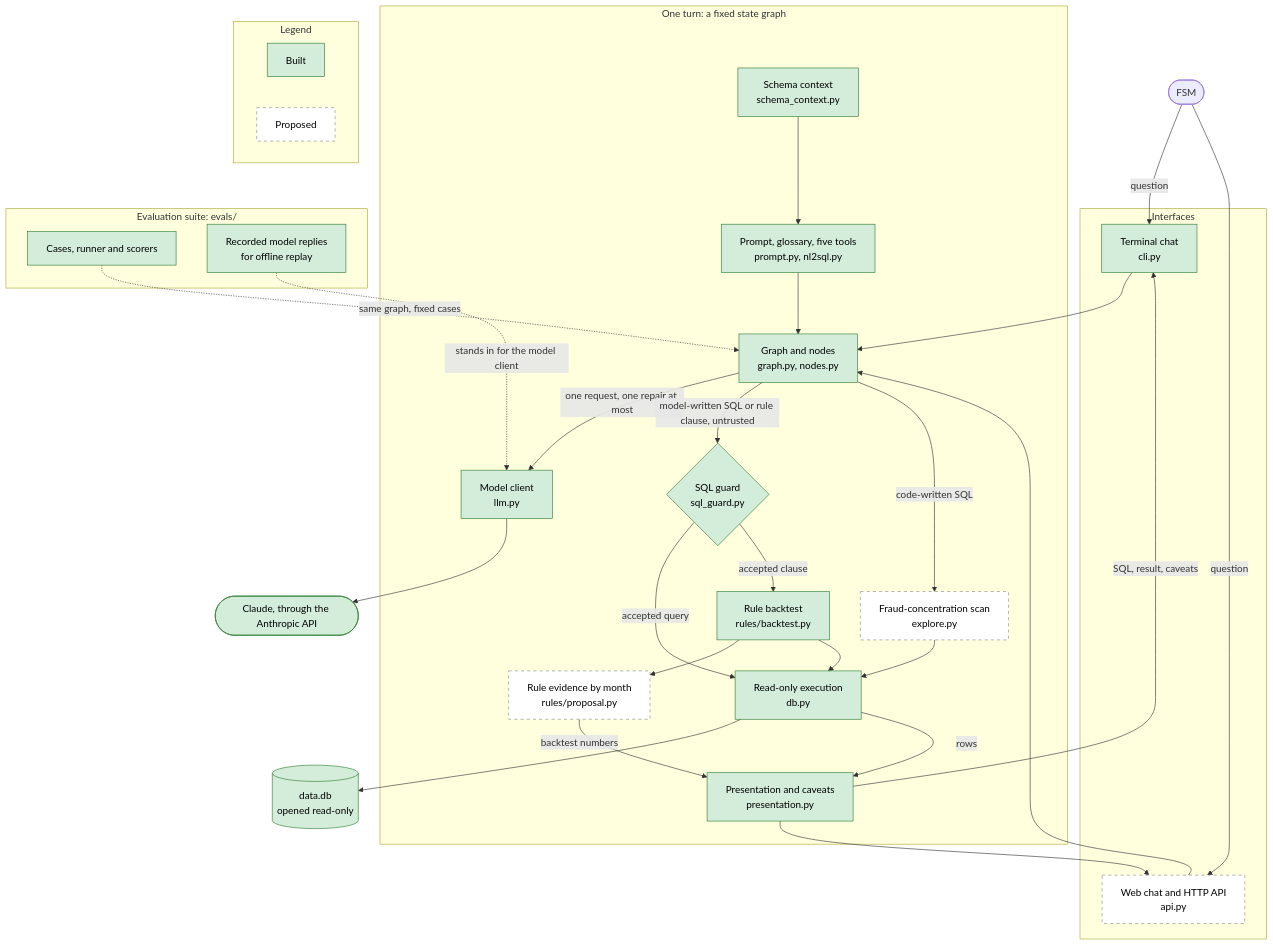
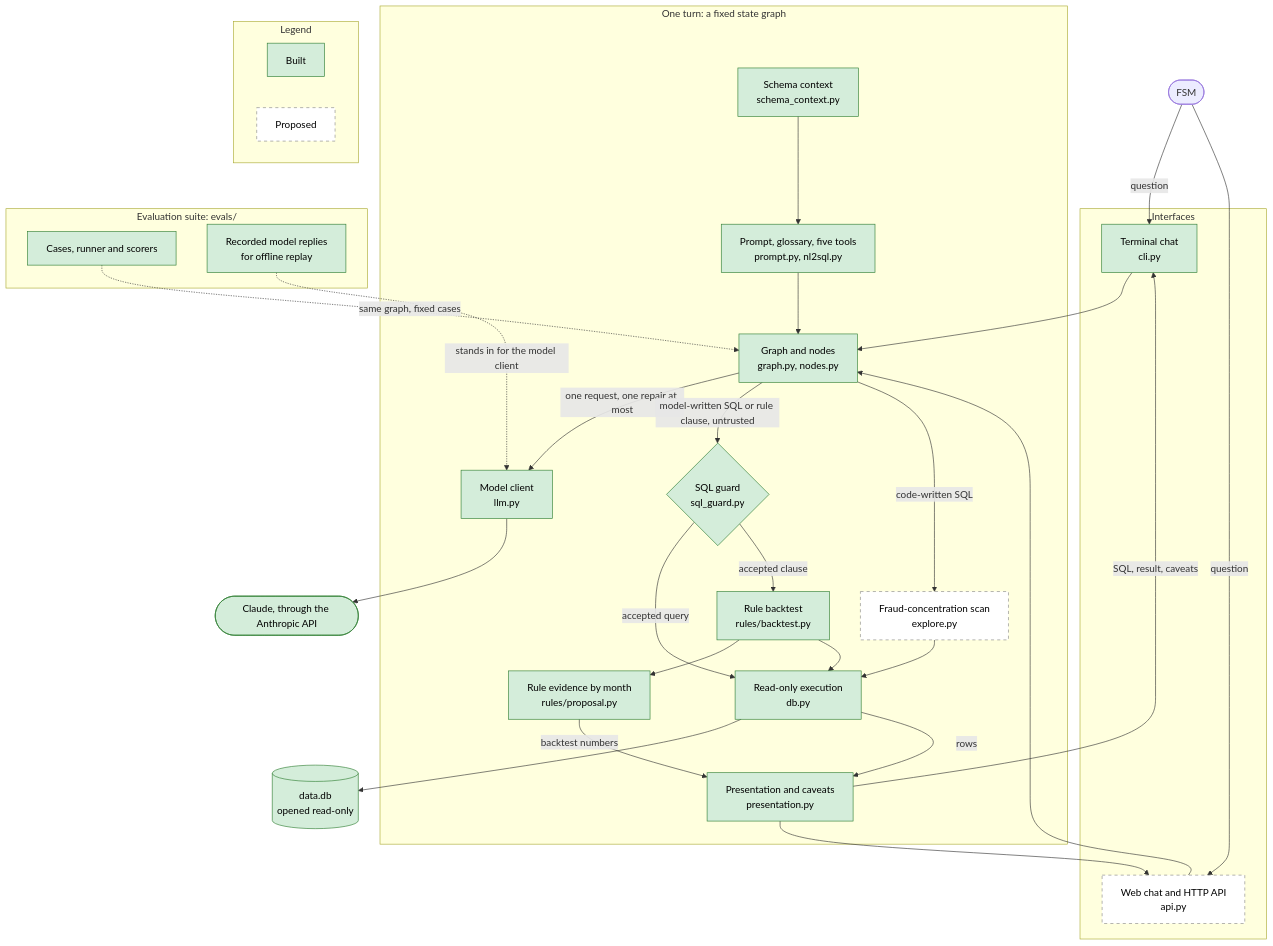
The first of 2 diagrams in docs/ARCHITECTURE.md (eliandrog/fsm-assistant-challenge), drawn with Mermaid before and after one commit. The commit also changed other lines of this file and 30 other files, not shown here.

````diff
--- a/docs/ARCHITECTURE.md
+++ b/docs/ARCHITECTURE.md
@@ -37,63 +37,63 @@
 ```mermaid
 flowchart TD
     FSM(["FSM"])
 
     subgraph IF["Interfaces"]
         CLI["Terminal chat<br/>cli.py"]
         WEB["Web chat and HTTP API<br/>api.py"]
     end
 
     subgraph TURN["One turn: a fixed state graph"]
         GRAPH["Graph and nodes<br/>graph.py, nodes.py"]
         PROMPT["Prompt, glossary, five tools<br/>prompt.py, nl2sql.py"]
         SCHEMA["Schema context<br/>schema_context.py"]
         MODEL["Model client<br/>llm.py"]
         GUARD{"SQL guard<br/>sql_guard.py"}
         EXEC["Read-only execution<br/>db.py"]
         BT["Rule backtest<br/>rules/backtest.py"]
         PROP["Rule evidence by month<br/>rules/proposal.py"]
         SCAN["Fraud-concentration scan<br/>explore.py"]
         PRES["Presentation and caveats<br/>presentation.py"]
     end
 
     CLAUDE(["Claude, through the Anthropic API"])
     DB[("data.db<br/>opened read-only")]
 
     subgraph EV["Evaluation suite: evals/"]
         CASES["Cases, runner and scorers"]
         REC["Recorded model replies<br/>for offline replay"]
     end
 
     FSM -->|"question"| CLI
     FSM -->|"question"| WEB
     CLI --> GRAPH
     WEB --> GRAPH
     SCHEMA --> PROMPT
     PROMPT --> GRAPH
     GRAPH -->|"one request, one repair at most"| MODEL
     MODEL --> CLAUDE
     GRAPH -->|"model-written SQL or rule clause, untrusted"| GUARD
     GUARD -->|"accepted query"| EXEC
     GUARD -->|"accepted clause"| BT
     BT --> PROP
     BT --> EXEC
     GRAPH -->|"code-written SQL"| SCAN
     SCAN --> EXEC
     EXEC --> DB
     EXEC -->|"rows"| PRES
     PROP -->|"backtest numbers"| PRES
     PRES -->|"SQL, result, caveats"| CLI
     PRES --> WEB
     CASES -.->|"same graph, fixed cases"| GRAPH
     REC -.->|"stands in for the model client"| MODEL
 
     subgraph LEGEND["Legend"]
         L1["Built"]
         L2["Proposed"]
     end
 
     classDef built fill:#d4edda,stroke:#2e7d32,color:#000
     classDef proposed fill:#ffffff,stroke:#888888,stroke-dasharray: 5 5,color:#000
-    class CLI,GRAPH,PROMPT,PRES,SCHEMA,EXEC,BT,GUARD,DB,MODEL,CLAUDE,CASES,REC,L1 built
-    class WEB,PROP,SCAN,L2 proposed
+    class CLI,GRAPH,PROMPT,PRES,SCHEMA,EXEC,BT,PROP,GUARD,DB,MODEL,CLAUDE,CASES,REC,L1 built
+    class WEB,SCAN,L2 proposed
 ```
````
